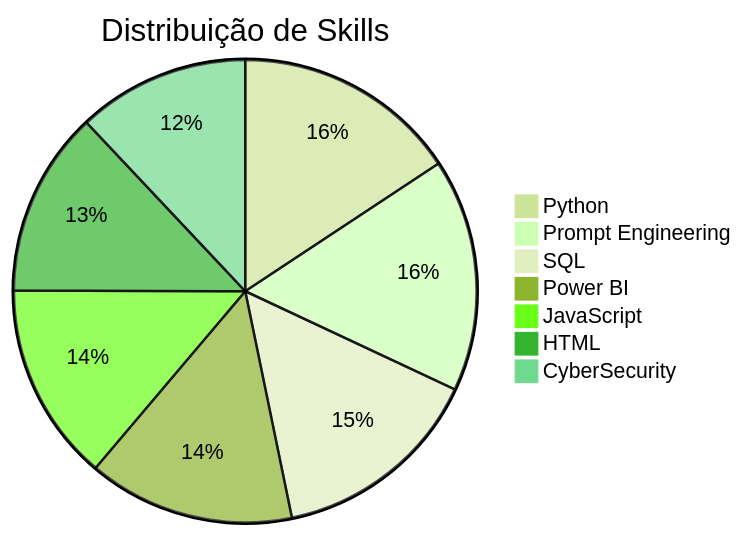
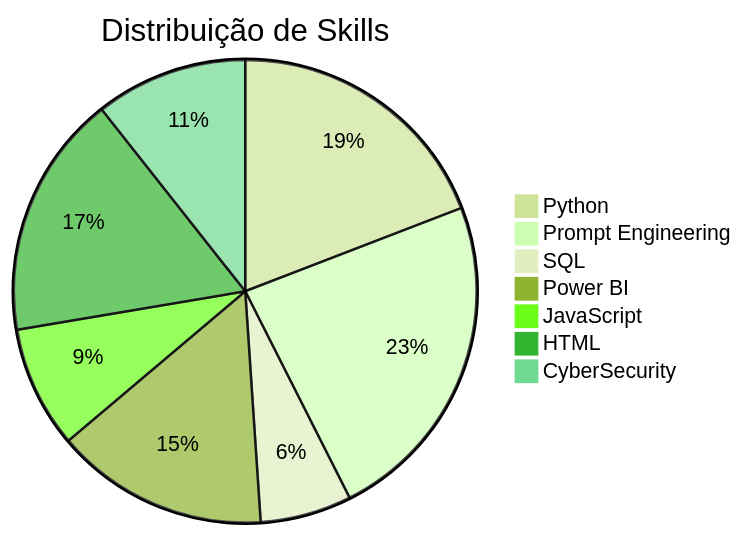
Before and after one commit to DPViega/DPViega: the diagram in README.md, drawn with Mermaid (forest theme).

````diff
--- a/README.md
+++ b/README.md
@@ -77,10 +77,10 @@
 ```mermaid
 pie title Distribuição de Skills
-    "Python" : 85
-    "Prompt Engineering" : 88
-    "SQL" : 80
-    "Power BI" : 78
-    "JavaScript" : 75
-    "HTML" : 70
-    "CyberSecurity" : 65
+    "Python" : 45
+    "Prompt Engineering" : 55
+    "SQL" : 15
+    "Power BI" : 35
+    "JavaScript" : 20
+    "HTML" : 40
+    "CyberSecurity" : 25
 ```
````
